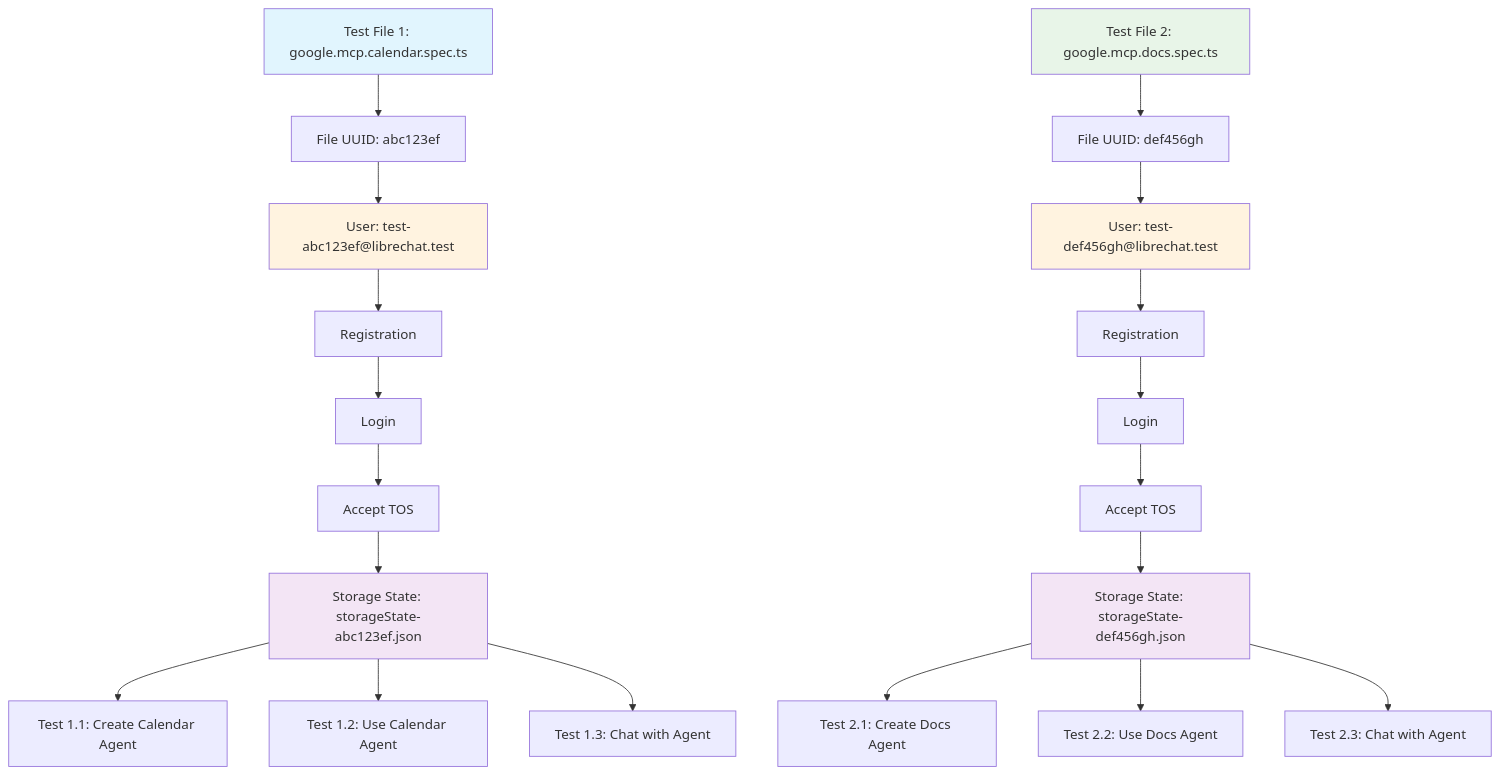
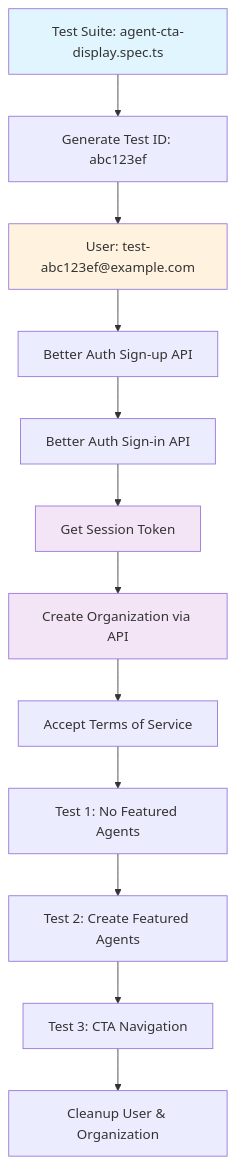
One commit to gannonh/agentis changed the first of 2 diagrams in LibreChat/e2e/README.md. Above: the diagram before and after it, drawn with Mermaid. The commit also changed other lines of this file, not shown here.

First line of the commit message:
feat(tests): Revamp E2E testing framework with Better Auth integration

````diff
--- a/LibreChat/e2e/README.md
+++ b/LibreChat/e2e/README.md
@@ -316,29 +318,19 @@
 ```mermaid
 graph TD
-    A[Test File 1: google.mcp.calendar.spec.ts] --> B[File UUID: abc123ef]
-    B --> C[User: test-abc123ef@librechat.test]
-    C --> D[Registration]
-    D --> E[Login]
-    E --> F[Accept TOS]
-    F --> G[Storage State: storageState-abc123ef.json]
-    G --> H[Test 1.1: Create Calendar Agent]
-    G --> I[Test 1.2: Use Calendar Agent]
-    G --> J[Test 1.3: Chat with Agent]
-    
-    K[Test File 2: google.mcp.docs.spec.ts] --> L[File UUID: def456gh]
-    L --> M[User: test-def456gh@librechat.test]
-    M --> N[Registration]
-    N --> O[Login]
-    O --> P[Accept TOS]
-    P --> Q[Storage State: storageState-def456gh.json]
-    Q --> R[Test 2.1: Create Docs Agent]
-    Q --> S[Test 2.2: Use Docs Agent]
-    Q --> T[Test 2.3: Chat with Agent]
+    A[Test Suite: agent-cta-display.spec.ts] --> B[Generate Test ID: abc123ef]
+    B --> C[User: test-abc123ef@example.com]
+    C --> D[Better Auth Sign-up API]
+    D --> E[Better Auth Sign-in API]
+    E --> F[Get Session Token]
+    F --> G[Create Organization via API]
+    G --> H[Accept Terms of Service]
+    H --> I[Test 1: No Featured Agents]
+    I --> J[Test 2: Create Featured Agents]
+    J --> K[Test 3: CTA Navigation]
+    K --> L[Cleanup User & Organization]
     
     style A fill:#e1f5fe
-    style K fill:#e8f5e8
     style C fill:#fff3e0
-    style M fill:#fff3e0
+    style F fill:#f3e5f5
     style G fill:#f3e5f5
-    style Q fill:#f3e5f5
 ```
````
